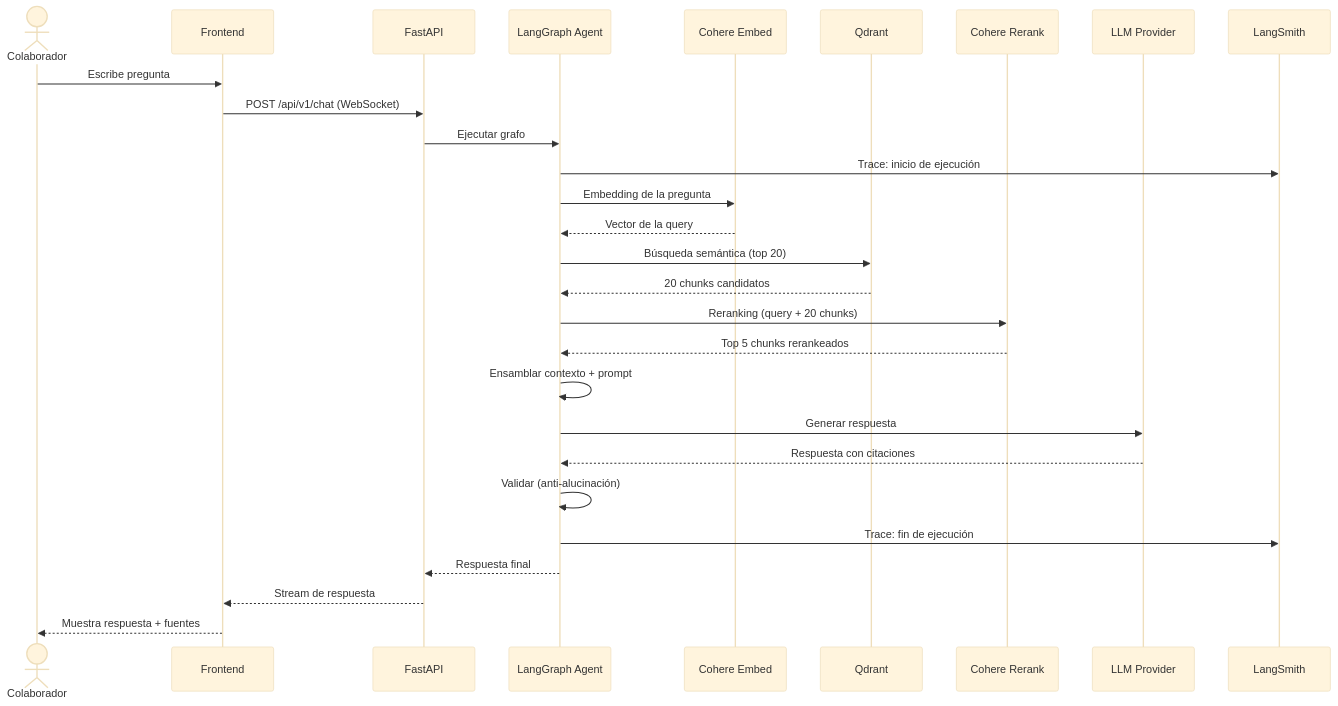
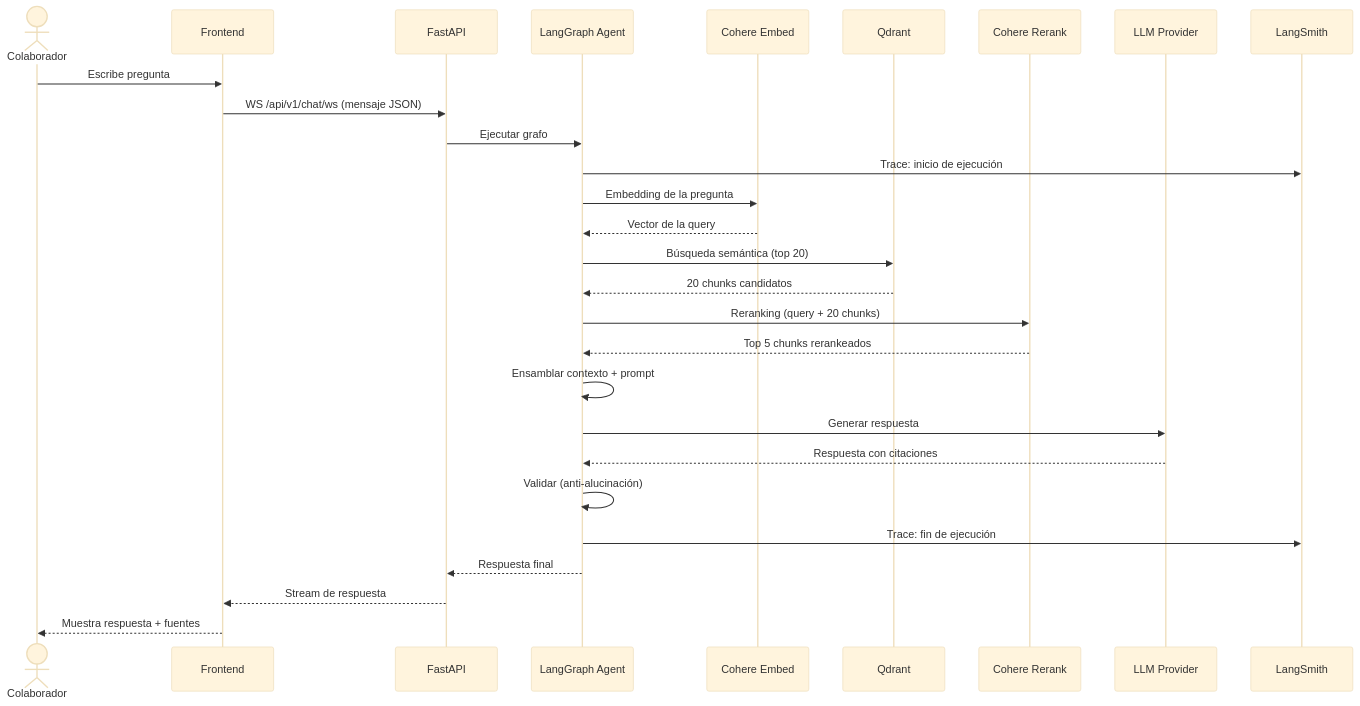
One commit to EzequielAngel0/DocuAgent changed the third of 3 diagrams in docs/architecture/system-overview.md. Above: the diagram before and after it, drawn with Mermaid (base theme). The commit also changed other lines of this file and 12 other files, not shown here.

````diff
--- a/docs/architecture/system-overview.md
+++ b/docs/architecture/system-overview.md
@@ -170,31 +170,31 @@
 ```mermaid
 sequenceDiagram
     actor C as Colaborador
     participant FE as Frontend
     participant API as FastAPI
     participant AG as LangGraph Agent
     participant CE as Cohere Embed
     participant QD as Qdrant
     participant CR as Cohere Rerank
     participant LLM as LLM Provider
     participant LS as LangSmith
 
     C->>FE: Escribe pregunta
-    FE->>API: POST /api/v1/chat (WebSocket)
+    FE->>API: WS /api/v1/chat/ws (mensaje JSON)
     API->>AG: Ejecutar grafo
     AG->>LS: Trace: inicio de ejecución
     AG->>CE: Embedding de la pregunta
     CE-->>AG: Vector de la query
     AG->>QD: Búsqueda semántica (top 20)
     QD-->>AG: 20 chunks candidatos
     AG->>CR: Reranking (query + 20 chunks)
     CR-->>AG: Top 5 chunks rerankeados
     AG->>AG: Ensamblar contexto + prompt
     AG->>LLM: Generar respuesta
     LLM-->>AG: Respuesta con citaciones
     AG->>AG: Validar (anti-alucinación)
     AG->>LS: Trace: fin de ejecución
     AG-->>API: Respuesta final
     API-->>FE: Stream de respuesta
     FE-->>C: Muestra respuesta + fuentes
 ```
````
